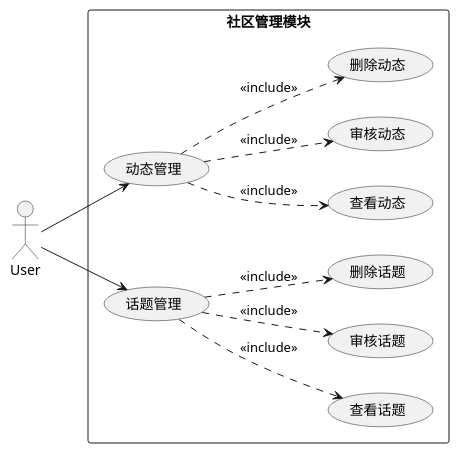
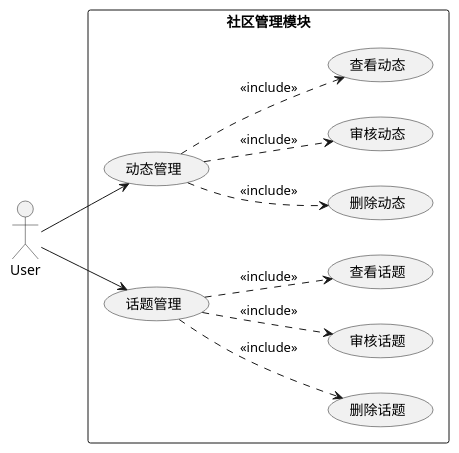
Before and after one commit to zhaoxiao698/ZhiYing-server: the diagram in src/main/java/com/zhaoxiao/uml/admin/adminCommunity.puml, drawn with PlantUML. The commit also changed other lines of this file and 16 other files, not shown here.

```diff
--- a/src/main/java/com/zhaoxiao/uml/admin/adminCommunity.puml
+++ b/src/main/java/com/zhaoxiao/uml/admin/adminCommunity.puml
@@ -1,15 +1,15 @@
 @startuml
 left to right direction
 skinparam packageStyle rectangle
 actor User
 rectangle 社区管理模块 {
   User --> (动态管理)
+  (动态管理) ..> (删除动态) : <<include>>
+  (动态管理) ..> (审核动态) : <<include>>
   (动态管理) ..> (查看动态) : <<include>>
-  (动态管理) ..> (审核动态) : <<include>>
-  (动态管理) ..> (删除动态) : <<include>>
   User --> (话题管理)
+  (话题管理) ..> (删除话题) : <<include>>
+  (话题管理) ..> (审核话题) : <<include>>
   (话题管理) ..> (查看话题) : <<include>>
-  (话题管理) ..> (审核话题) : <<include>>
-  (话题管理) ..> (删除话题) : <<include>>
 }
 @enduml
```
